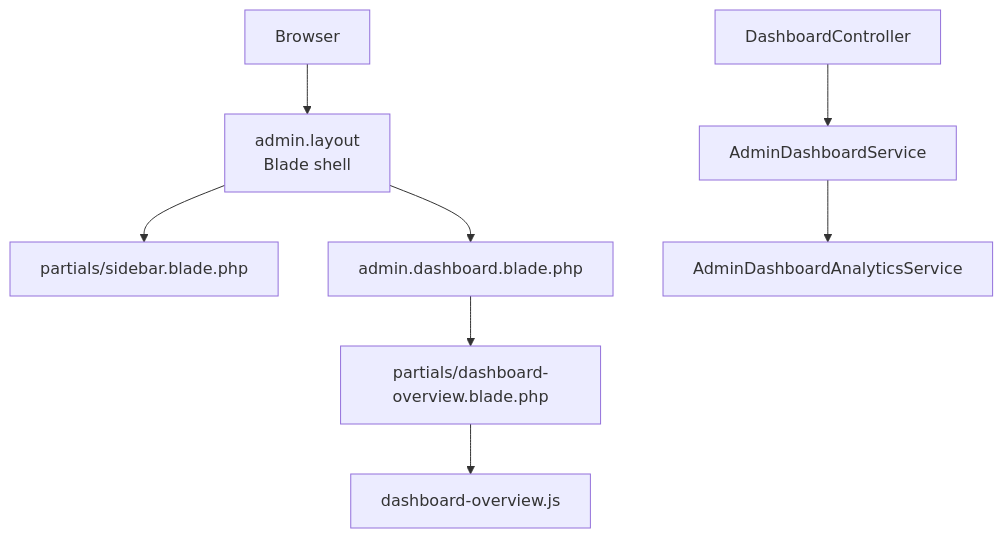
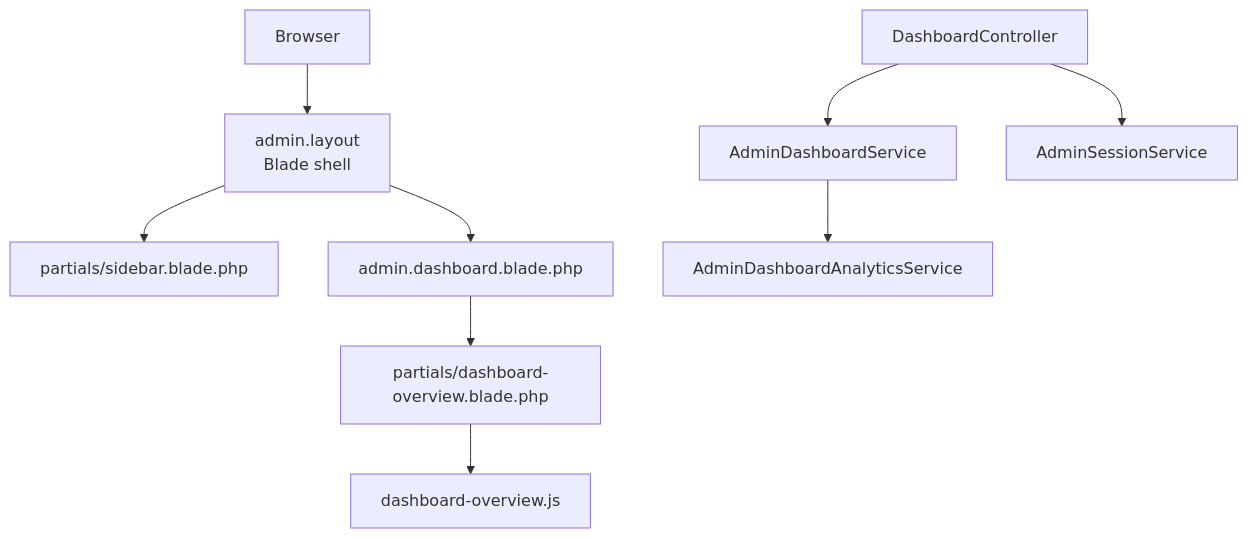
One commit to mahbub095/bus-app changed the first of 13 diagrams in .qoder/repowiki/en/content/Administrative Dashboard/Administrative Dashboard.md. Above: the diagram before and after it, drawn with Mermaid. The commit also changed other lines of this file and 130 other files, not shown here.

````diff
--- a/.qoder/repowiki/en/content/Administrative Dashboard/Administrative Dashboard.md
+++ b/.qoder/repowiki/en/content/Administrative Dashboard/Administrative Dashboard.md
@@ -59,10 +63,11 @@
 ```mermaid
 graph TB
 Client["Browser"] --> Layout["admin.layout<br/>Blade shell"]
 Layout --> Sidebar["partials/sidebar.blade.php"]
 Layout --> DashboardView["admin.dashboard.blade.php"]
 DashboardView --> OverviewPartial["partials/dashboard-overview.blade.php"]
 OverviewPartial --> JS["dashboard-overview.js"]
 Controller["DashboardController"] --> Service["AdminDashboardService"]
+Controller --> SessionService["AdminSessionService"]
 Service --> Analytics["AdminDashboardAnalyticsService"]
 ```
````
